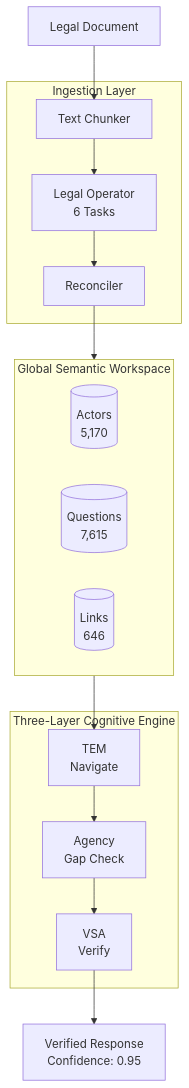
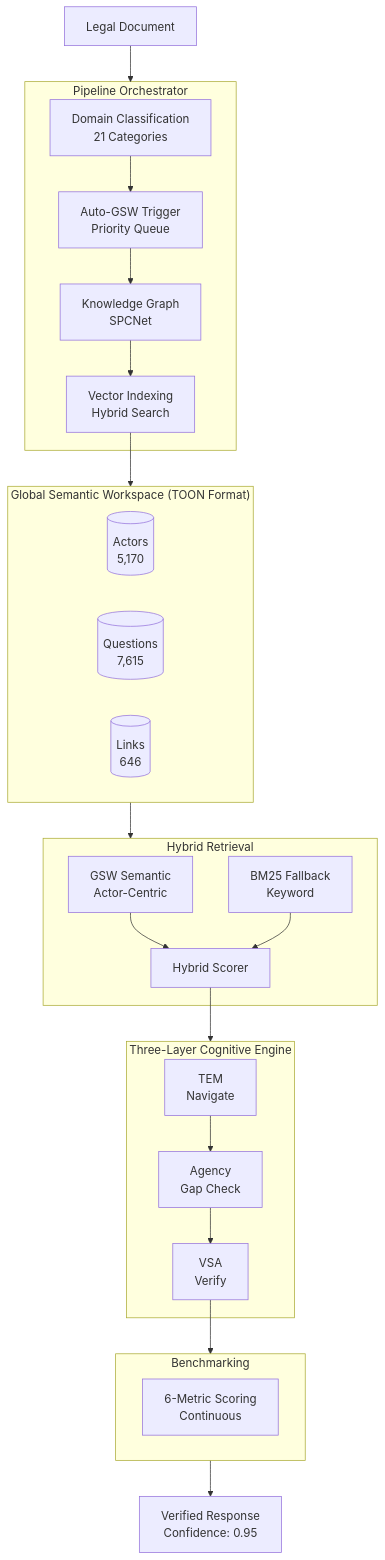
Before and after one commit to Verridian-ai/Functional-Structure-of-Episodic-Memory: the tenth of 17 diagrams in README.md, drawn with Mermaid. The commit also changed other lines of this file, not shown here.

First line of the commit message:
docs: Update README to reflect TOON integration and pipeline improvements

````diff
--- a/README.md
+++ b/README.md
@@ -506,26 +511,40 @@
 ```mermaid
 flowchart TB
-    DOC[Legal Document] --> CHUNK
+    DOC[Legal Document] --> PIPELINE
 
-    subgraph Ingestion["Ingestion Layer"]
-        CHUNK[Text Chunker] --> OP[Legal Operator<br/>6 Tasks]
-        OP --> REC[Reconciler]
+    subgraph PIPELINE["Pipeline Orchestrator"]
+        CLASSIFY[Domain Classification<br/>21 Categories] --> EXTRACT[Auto-GSW Trigger<br/>Priority Queue]
+        EXTRACT --> BUILD[Knowledge Graph<br/>SPCNet]
+        BUILD --> INDEX[Vector Indexing<br/>Hybrid Search]
     end
 
-    REC --> GSW
+    INDEX --> GSW
 
-    subgraph GSW["Global Semantic Workspace"]
+    subgraph GSW["Global Semantic Workspace (TOON Format)"]
         ACTORS[(Actors<br/>5,170)]
         QUESTIONS[(Questions<br/>7,615)]
         LINKS[(Links<br/>646)]
     end
 
-    GSW --> TEM
+    GSW --> RETRIEVAL
 
-    subgraph Engine["Three-Layer Cognitive Engine"]
+    subgraph RETRIEVAL["Hybrid Retrieval"]
+        SEMANTIC[GSW Semantic<br/>Actor-Centric] --> HYBRID[Hybrid Scorer]
+        BM25[BM25 Fallback<br/>Keyword] --> HYBRID
+    end
+
+    HYBRID --> ENGINE
+
+    subgraph ENGINE["Three-Layer Cognitive Engine"]
         TEM[TEM<br/>Navigate] --> AGENCY[Agency<br/>Gap Check]
         AGENCY --> VSA[VSA<br/>Verify]
     end
 
-    VSA --> RESPONSE[Verified Response<br/>Confidence: 0.95]
+    VSA --> BENCH
+
+    subgraph BENCH["Benchmarking"]
+        MONITOR[6-Metric Scoring<br/>Continuous]
+    end
+
+    BENCH --> RESPONSE[Verified Response<br/>Confidence: 0.95]
 ```
````
